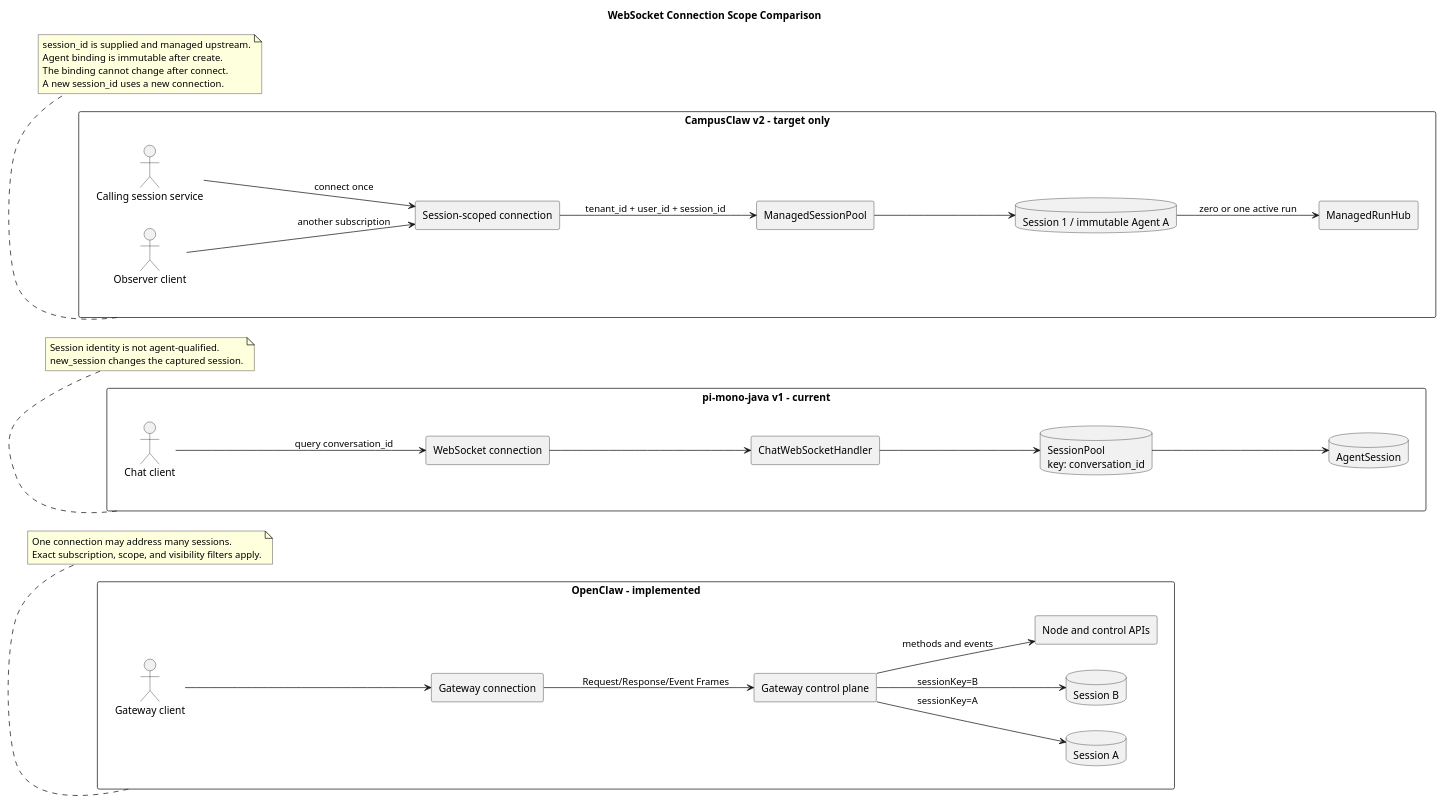
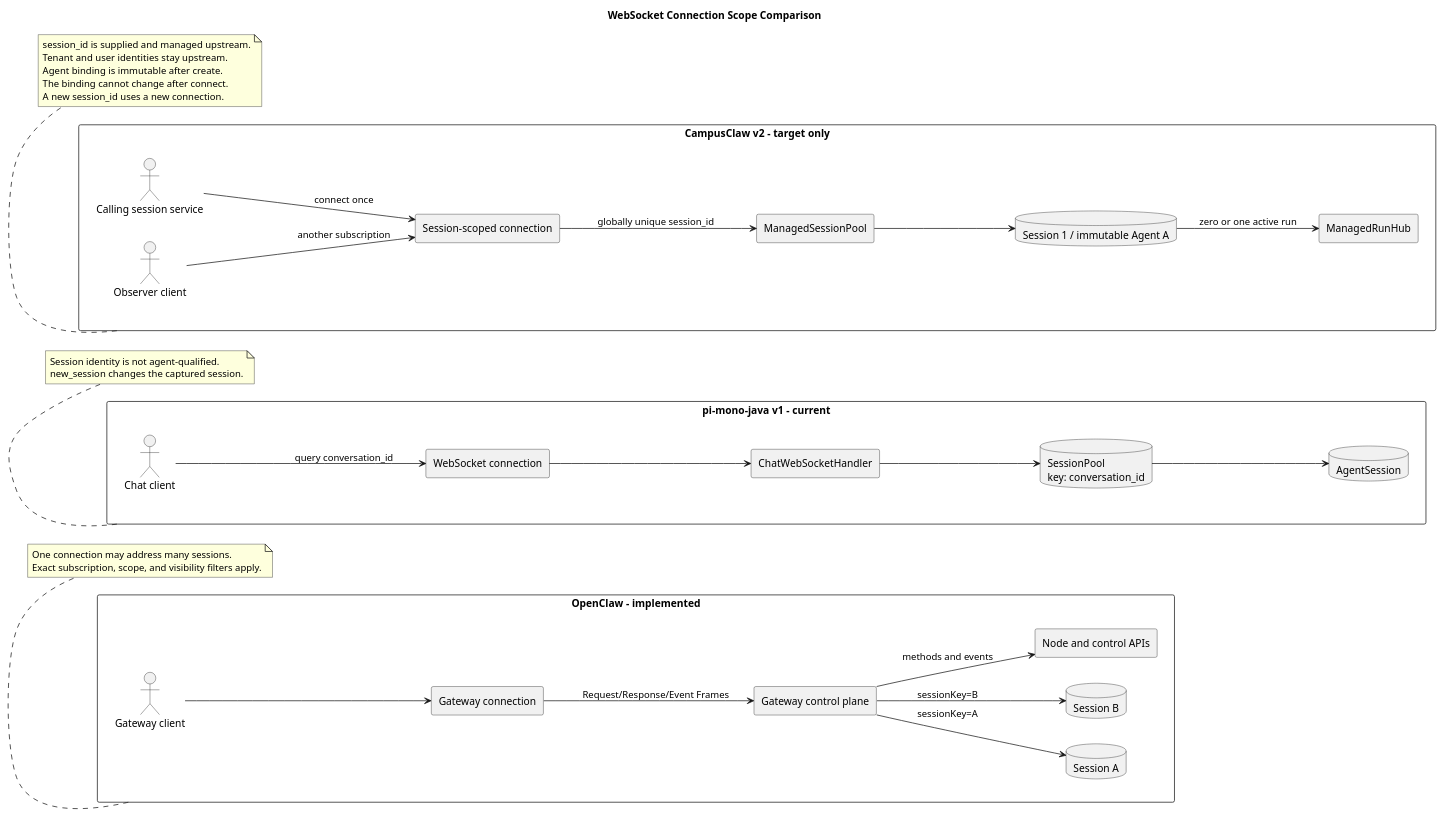
The first of 4 diagrams in openclaw-campusclaw-websocket-comparison/diagram.puml (superheromeZzh/pi-mono-java-design), drawn with PlantUML before and after one commit. The commit also changed other lines of this file and 14 other files, not shown here.

Commit message:
docs(runtime): use session id as isolation key

```diff
--- a/openclaw-campusclaw-websocket-comparison/diagram.puml
+++ b/openclaw-campusclaw-websocket-comparison/diagram.puml
@@ -1,85 +1,87 @@
 @startuml websocket_connection_scope_comparison
 title WebSocket Connection Scope Comparison
 
 ' OpenClaw baseline: b015925bc30f6a8363f290b07d5f8588e21422b8, Gateway Protocol v4
 ' Source: docs/gateway/protocol.md (Gateway protocol, exact session subscriptions)
 ' Source: packages/gateway-protocol/src/schema/logs-chat.ts (ChatSendParamsSchema, ChatEventSchema)
 ' Source: src/gateway/server-broadcast.ts (createGatewayBroadcaster)
 ' pi-mono-java baseline: 1f7a5423219edfa4519d8719f1cc8a188ed72873
 ' Source: modules/coding-agent-cli/src/main/java/com/campusclaw/codingagent/mode/server/ServerMode.java (configureRoutes)
 ' Source: modules/coding-agent-cli/src/main/java/com/campusclaw/codingagent/mode/server/ChatWebSocketHandler.java (handle)
 ' Source: modules/coding-agent-cli/src/main/java/com/campusclaw/codingagent/mode/server/SessionPool.java (getOrCreate)
 ' Target source: pi-mono-java-manager-driven-multi-agent-runtime/README.md (WebSocket v2 target)
 ' Target source: pi-mono-java-manager-driven-multi-agent-runtime/chat-ws-v2.asyncapi.yaml
 ' Observed behavior: OpenClaw uses one Gateway connection for requests and events across sessions.
 ' Current Java behavior: one connection captures one AgentSession selected by a query parameter.
 ' Target design: one CampusClaw connection is bound to one caller-owned session and agent after connect.
+' Target design: globally unique session_id is the only Runtime session key; tenant and user stay upstream.
 ' Design reason: Session scope fixes authorization, model, disclosure, and audit boundaries.
 
 skinparam backgroundColor #FFFFFF
 skinparam shadowing false
 skinparam componentStyle rectangle
 skinparam packageStyle rectangle
 skinparam defaultFontName Arial
 left to right direction
 
 package "OpenClaw - implemented" as openclaw {
   actor "Gateway client" as oc_client
   component "Gateway connection" as oc_conn
   component "Gateway control plane" as oc_gateway
   database "Session A" as oc_session_a
   database "Session B" as oc_session_b
   component "Node and control APIs" as oc_control
 
   oc_client --> oc_conn
   oc_conn --> oc_gateway : Request/Response/Event Frames
   oc_gateway --> oc_session_a : sessionKey=A
   oc_gateway --> oc_session_b : sessionKey=B
   oc_gateway --> oc_control : methods and events
 }
 
 package "pi-mono-java v1 - current" as java_v1 {
   actor "Chat client" as java_client
   component "WebSocket connection" as java_conn
   component "ChatWebSocketHandler" as java_handler
   database "AgentSession" as java_session
   database "SessionPool\nkey: conversation_id" as java_pool
 
   java_client --> java_conn : query conversation_id
   java_conn --> java_handler
   java_handler --> java_pool
   java_pool --> java_session
 }
 
 package "CampusClaw v2 - target only" as campus_v2 {
   actor "Calling session service" as cc_client
   component "Session-scoped connection" as cc_conn
   component "ManagedSessionPool" as cc_pool
   component "ManagedRunHub" as cc_hub
   database "Session 1 / immutable Agent A" as cc_session
   actor "Observer client" as cc_observer
 
   cc_client --> cc_conn : connect once
   cc_observer --> cc_conn : another subscription
-  cc_conn --> cc_pool : tenant_id + user_id + session_id
+  cc_conn --> cc_pool : globally unique session_id
   cc_pool --> cc_session
   cc_session --> cc_hub : zero or one active run
 }
 
 note bottom of openclaw
   One connection may address many sessions.
   Exact subscription, scope, and visibility filters apply.
 end note
 
 note bottom of java_v1
   Session identity is not agent-qualified.
   new_session changes the captured session.
 end note
 
 note bottom of campus_v2
   session_id is supplied and managed upstream.
+  Tenant and user identities stay upstream.
   Agent binding is immutable after create.
   The binding cannot change after connect.
   A new session_id uses a new connection.
 end note
 @enduml
```
